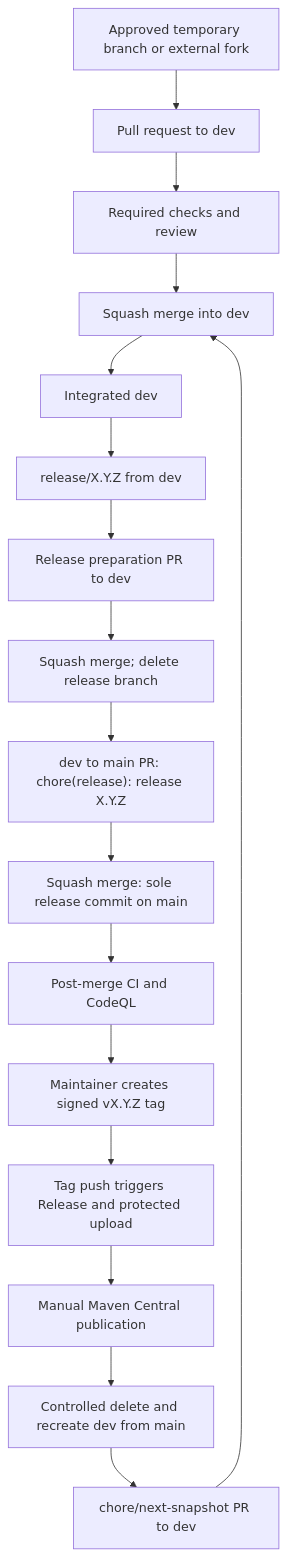
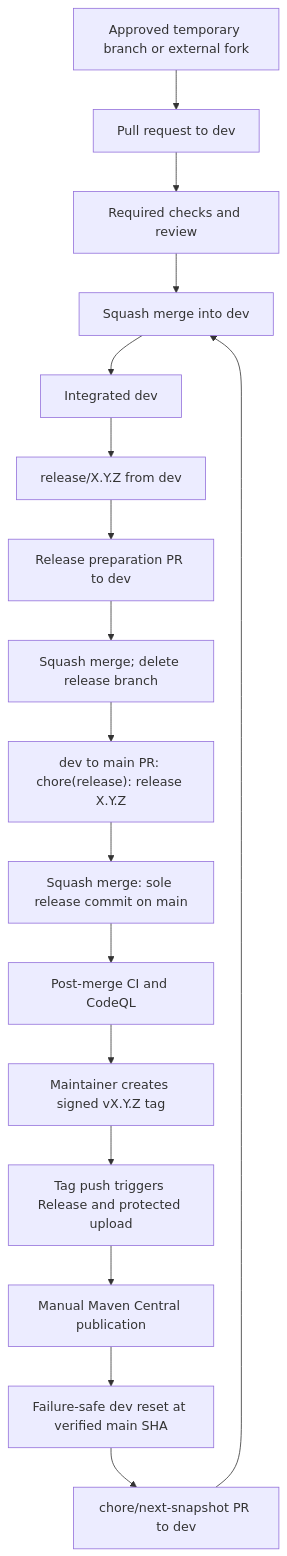
One commit to EmmanuelCazarez/criteriaforge changed the diagram in docs/branching.md. Above: the diagram before and after it, drawn with Mermaid. The commit also changed other lines of this file and 1 other file, not shown here.

Commit message:
docs: make dev reset procedure failure-safe

````diff
--- a/docs/branching.md
+++ b/docs/branching.md
@@ -5,19 +5,19 @@
 ```mermaid
 flowchart TD
     A["Approved temporary branch or external fork"] --> B["Pull request to dev"]
     B --> C["Required checks and review"]
     C --> D["Squash merge into dev"]
     D --> E["Integrated dev"]
     E --> F["release/X.Y.Z from dev"]
     F --> G["Release preparation PR to dev"]
     G --> H["Squash merge; delete release branch"]
     H --> I["dev to main PR: chore(release): release X.Y.Z"]
     I --> J["Squash merge: sole release commit on main"]
     J --> K["Post-merge CI and CodeQL"]
     K --> L["Maintainer creates signed vX.Y.Z tag"]
     L --> M["Tag push triggers Release and protected upload"]
     M --> N["Manual Maven Central publication"]
-    N --> O["Controlled delete and recreate dev from main"]
+    N --> O["Failure-safe dev reset at verified main SHA"]
     O --> P["chore/next-snapshot PR to dev"]
     P --> D
 ```
````
